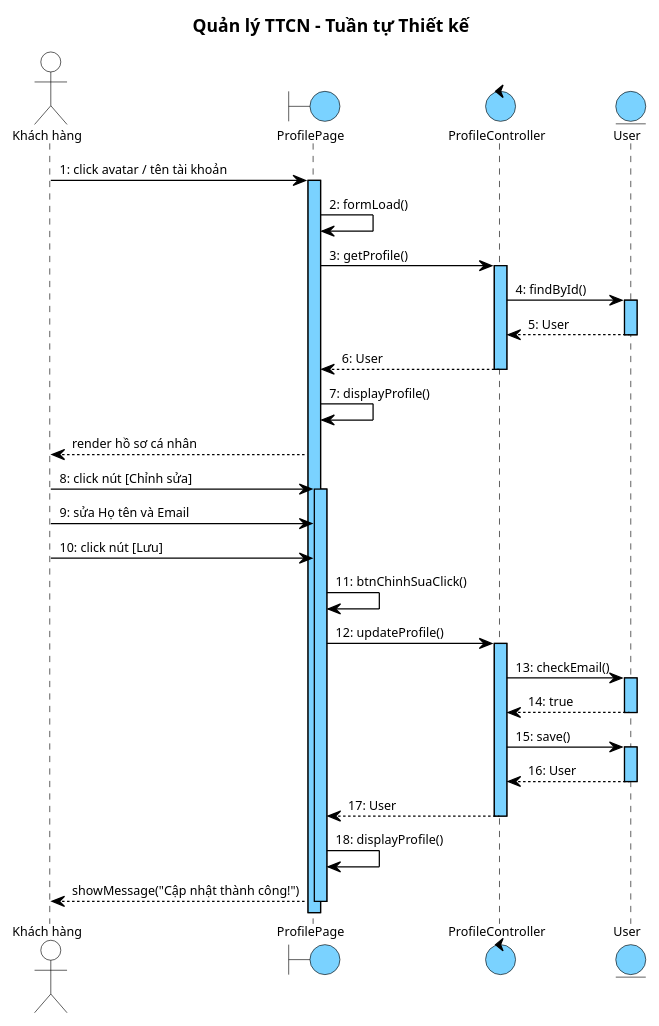
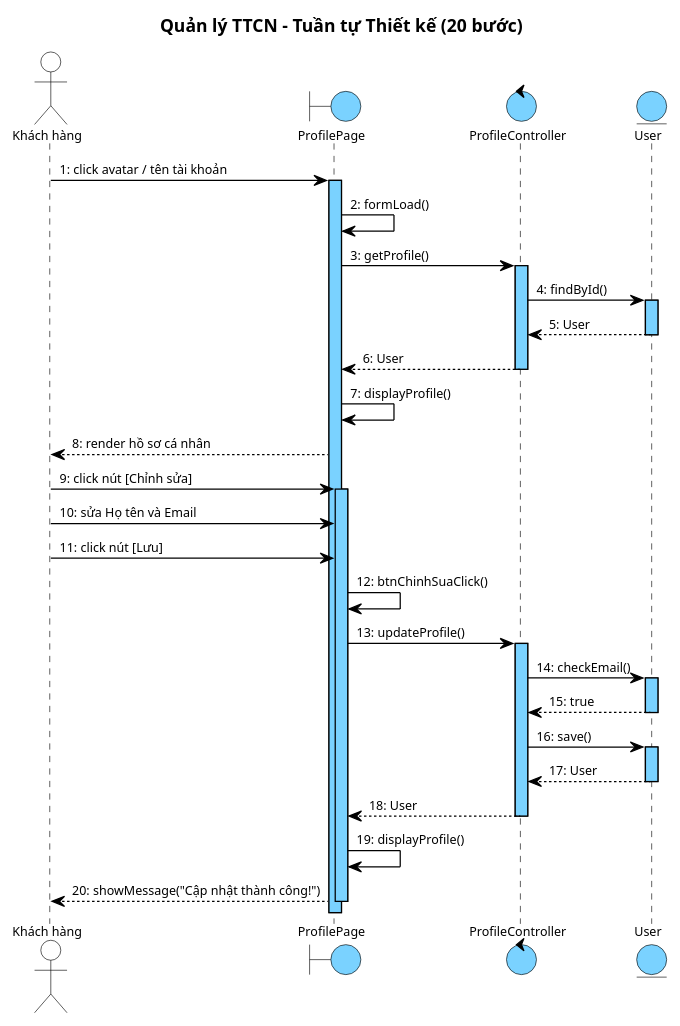
The seventh of 8 diagrams in docs/tabs/account/iii-design.md (thanhtrnnn/cnpm), drawn with PlantUML before and after one commit. The commit also changed other lines of this file and 19 other files, not shown here.

First line of the commit message:
fix: account sequence diagrams 1:1 step parity (II.4 + III.4) + 4.2 format

````diff
--- a/docs/tabs/account/iii-design.md
+++ b/docs/tabs/account/iii-design.md
@@ -987,7 +980,7 @@
   }
 }
 </style>
-title Quản lý TTCN – Tuần tự Thiết kế
+title Quản lý TTCN – Tuần tự Thiết kế (20 bước)
 
 actor "Khách hàng" as KH
 boundary ProfilePage as B1
@@ -1006,26 +999,26 @@
 C1 --> B1 : 6: User
 deactivate C1
 B1 -> B1 : 7: displayProfile()
-B1 --> KH : render hồ sơ cá nhân
-KH -> B1 : 8: click nút [Chỉnh sửa]
+B1 --> KH : 8: render hồ sơ cá nhân
+KH -> B1 : 9: click nút [Chỉnh sửa]
 activate B1
-KH -> B1 : 9: sửa Họ tên và Email
-KH -> B1 : 10: click nút [Lưu]
-B1 -> B1 : 11: btnChinhSuaClick()
-B1 -> C1 : 12: updateProfile()
+KH -> B1 : 10: sửa Họ tên và Email
+KH -> B1 : 11: click nút [Lưu]
+B1 -> B1 : 12: btnChinhSuaClick()
+B1 -> C1 : 13: updateProfile()
 activate C1
-C1 -> E1 : 13: checkEmail()
+C1 -> E1 : 14: checkEmail()
 activate E1
-E1 --> C1 : 14: true
+E1 --> C1 : 15: true
 deactivate E1
-C1 -> E1 : 15: save()
+C1 -> E1 : 16: save()
 activate E1
-E1 --> C1 : 16: User
+E1 --> C1 : 17: User
 deactivate E1
-C1 --> B1 : 17: User
+C1 --> B1 : 18: User
 deactivate C1
-B1 -> B1 : 18: displayProfile()
-B1 --> KH : showMessage("Cập nhật thành công!")
+B1 -> B1 : 19: displayProfile()
+B1 --> KH : 20: showMessage("Cập nhật thành công!")
 deactivate B1
 @enduml
 ```
````
